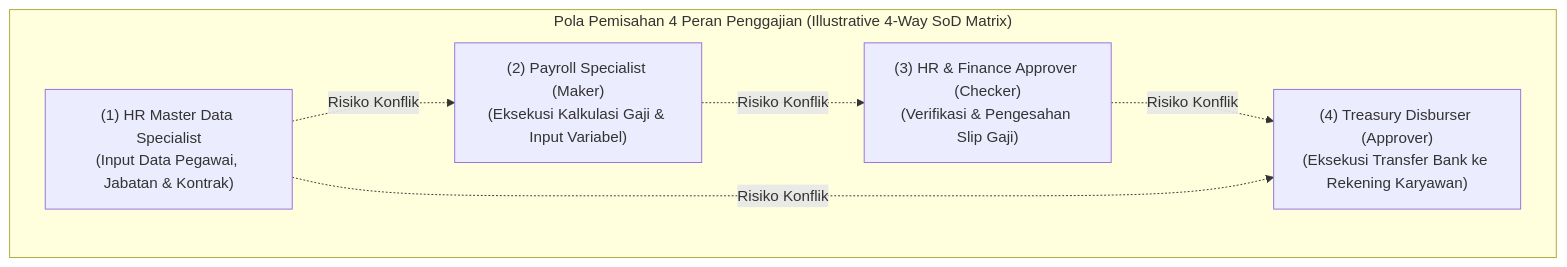
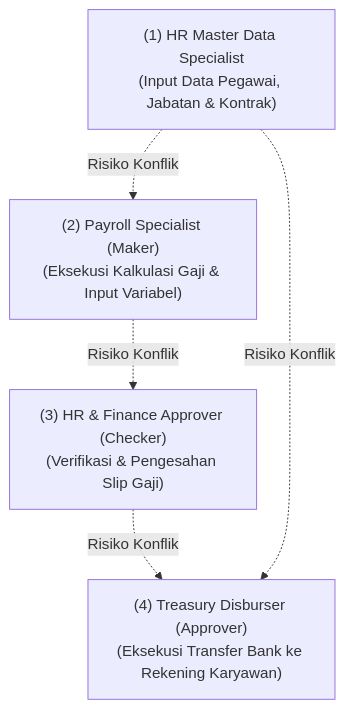
Before and after one commit to alimurrofid/erp-notes: the diagram in content/10-hr/hr-controls-and-governance.md, drawn with Mermaid. The commit also changed 58 other files, not shown here.

Commit message:
fix(content):Mermaid Subgraph

````diff
--- a/content/10-hr/hr-controls-and-governance.md
+++ b/content/10-hr/hr-controls-and-governance.md
@@ -29,14 +29,12 @@
 ```mermaid
 flowchart TD
-    subgraph ROLES["Pola Pemisahan 4 Peran Penggajian (Illustrative 4-Way SoD Matrix)"]
         R1["(1) HR Master Data Specialist<br/>(Input Data Pegawai, Jabatan & Kontrak)"]
         R2["(2) Payroll Specialist (Maker)<br/>(Eksekusi Kalkulasi Gaji & Input Variabel)"]
         R3["(3) HR & Finance Approver (Checker)<br/>(Verifikasi & Pengesahan Slip Gaji)"]
         R4["(4) Treasury Disburser (Approver)<br/>(Eksekusi Transfer Bank ke Rekening Karyawan)"]
-    end
 
     R1 -. "Risiko Konflik" .-> R2
     R2 -. "Risiko Konflik" .-> R3
     R3 -. "Risiko Konflik" .-> R4
     R1 -. "Risiko Konflik" .-> R4
 ```
````
